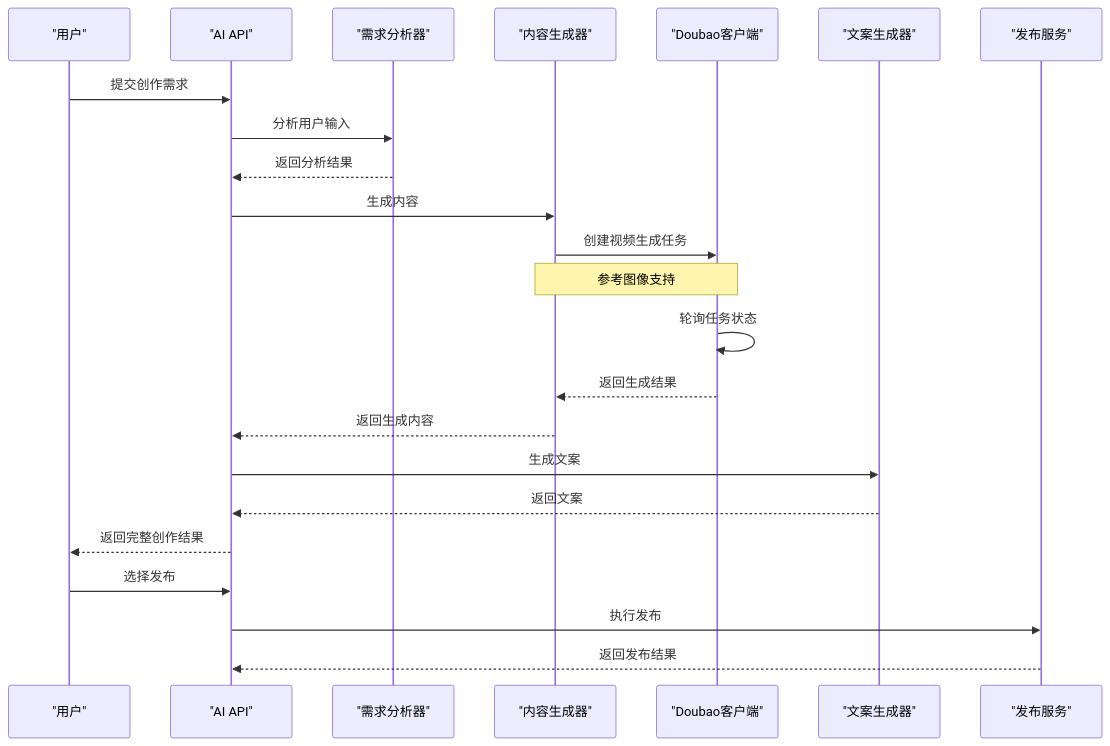
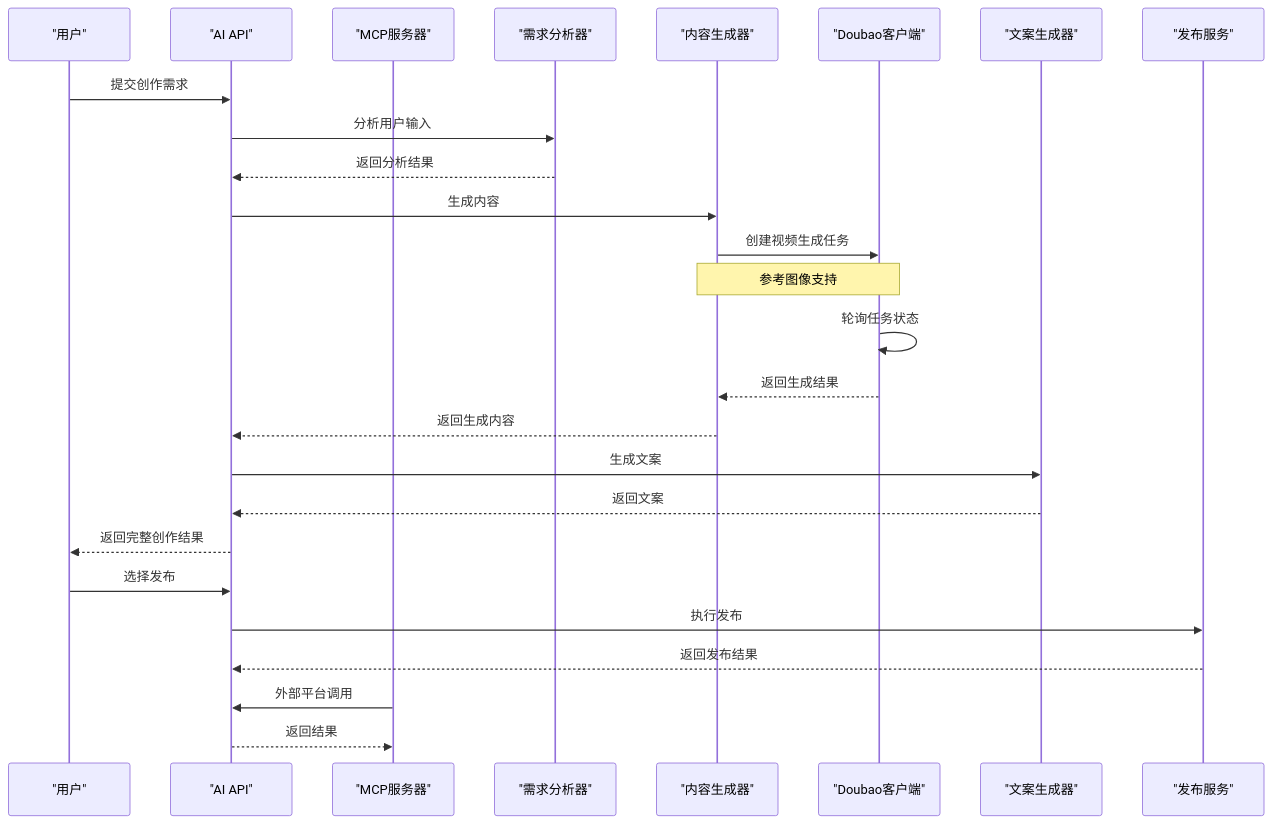
Before and after one commit to songdiyang/clawOperations: the eighth of 14 diagrams in .qoder/repowiki/zh/content/核心模块详解/AI内容生成系统.md, drawn with Mermaid. The commit also changed other lines of this file and 10 other files, not shown here.

````diff
--- a/.qoder/repowiki/zh/content/核心模块详解/AI内容生成系统.md
+++ b/.qoder/repowiki/zh/content/核心模块详解/AI内容生成系统.md
@@ -431,25 +478,28 @@
 ```mermaid
 sequenceDiagram
 participant User as "用户"
 participant API as "AI API"
+participant MCP as "MCP服务器"
 participant Analyzer as "需求分析器"
 participant Generator as "内容生成器"
 participant DoubaoClient as "Doubao客户端"
 participant Copywriter as "文案生成器"
 participant Publisher as "发布服务"
 User->>API : 提交创作需求
 API->>Analyzer : 分析用户输入
 Analyzer-->>API : 返回分析结果
 API->>Generator : 生成内容
 Generator->>DoubaoClient : 创建视频生成任务
 Note over Generator,DoubaoClient : 参考图像支持
 DoubaoClient->>DoubaoClient : 轮询任务状态
 DoubaoClient-->>Generator : 返回生成结果
 Generator-->>API : 返回生成内容
 API->>Copywriter : 生成文案
 Copywriter-->>API : 返回文案
 API-->>User : 返回完整创作结果
 User->>API : 选择发布
 API->>Publisher : 执行发布
 Publisher-->>API : 返回发布结果
+MCP->>API : 外部平台调用
+API-->>MCP : 返回结果
 ```
````
